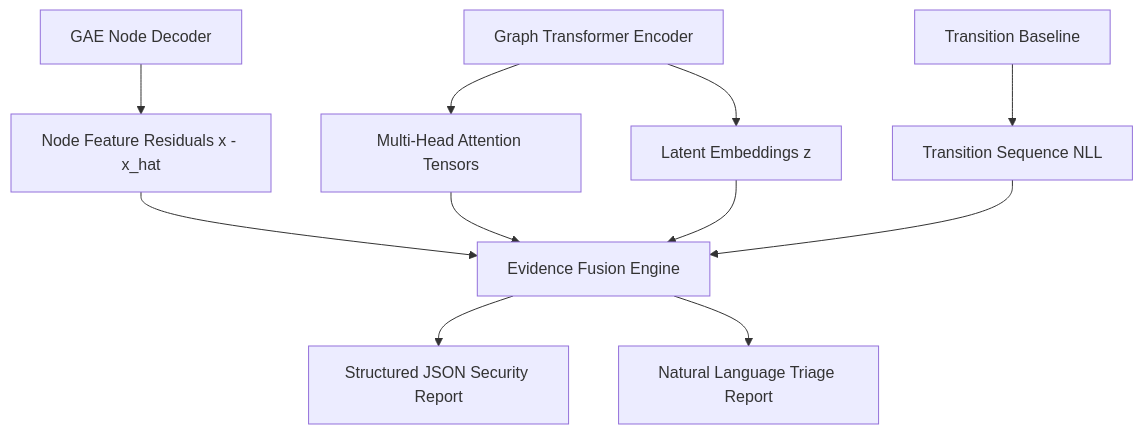
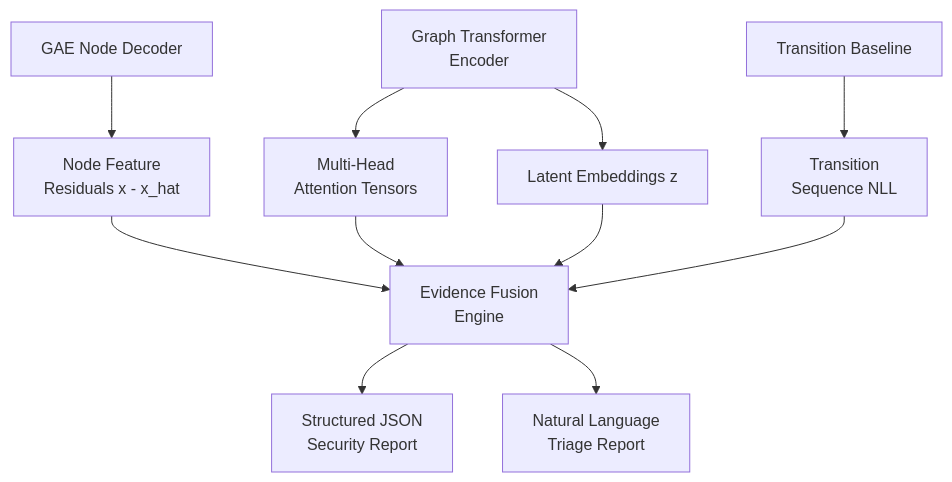
The diagram in explainability/README.md (Etrlnx/Vaahan), drawn with Mermaid before and after one commit.

Commit message:
docs(explainability): wrap long mermaid labels

````diff
--- a/explainability/README.md
+++ b/explainability/README.md
@@ -40,17 +40,17 @@
 ```mermaid
 flowchart TD
 
-A[Graph Transformer Encoder] --> B[Multi-Head Attention Tensors]
+A["Graph Transformer<br/>Encoder"] --> B["Multi-Head<br/>Attention Tensors"]
 A --> C[Latent Embeddings z]
 
-D[GAE Node Decoder] --> E[Node Feature Residuals x - x_hat]
-F[Transition Baseline] --> G[Transition Sequence NLL]
+D[GAE Node Decoder] --> E["Node Feature<br/>Residuals x - x_hat"]
+F[Transition Baseline] --> G["Transition<br/>Sequence NLL"]
 
-B --> H[Evidence Fusion Engine]
+B --> H["Evidence Fusion<br/>Engine"]
 E --> H
 G --> H
 C --> H
 
-H --> I[Structured JSON Security Report]
-H --> J[Natural Language Triage Report]
+H --> I["Structured JSON<br/>Security Report"]
+H --> J["Natural Language<br/>Triage Report"]
 ```
````
